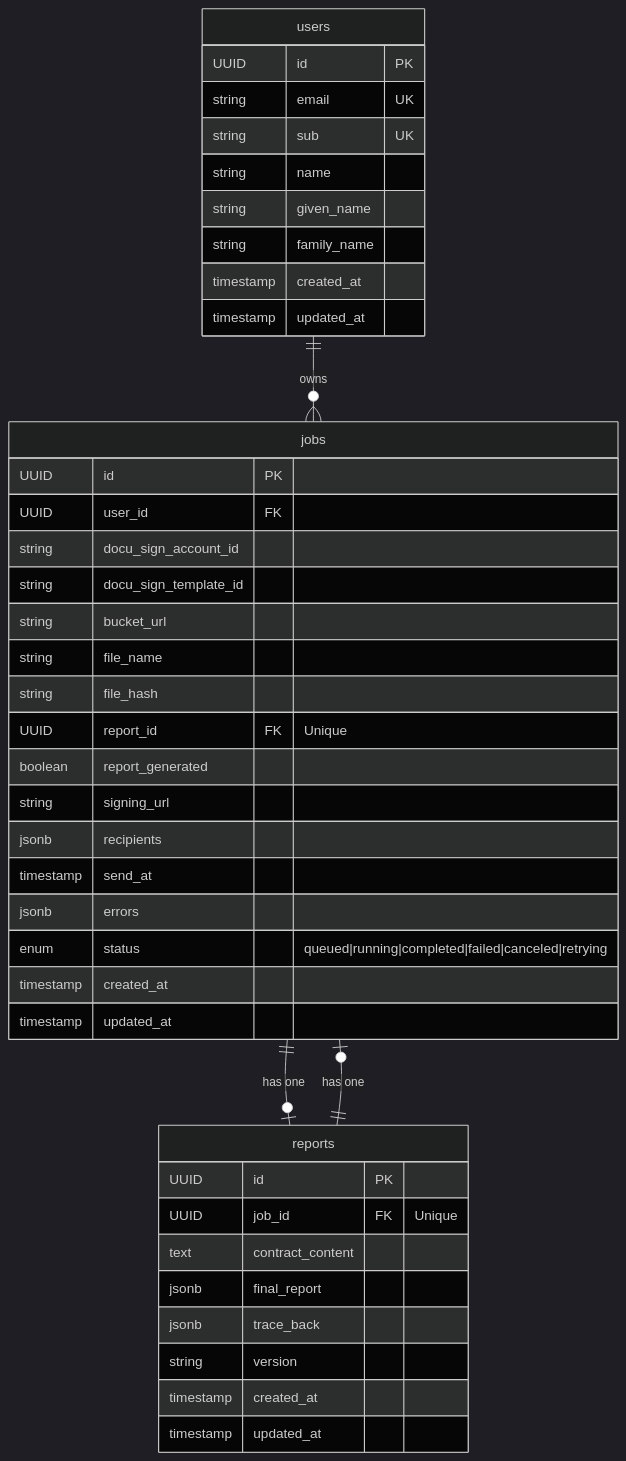
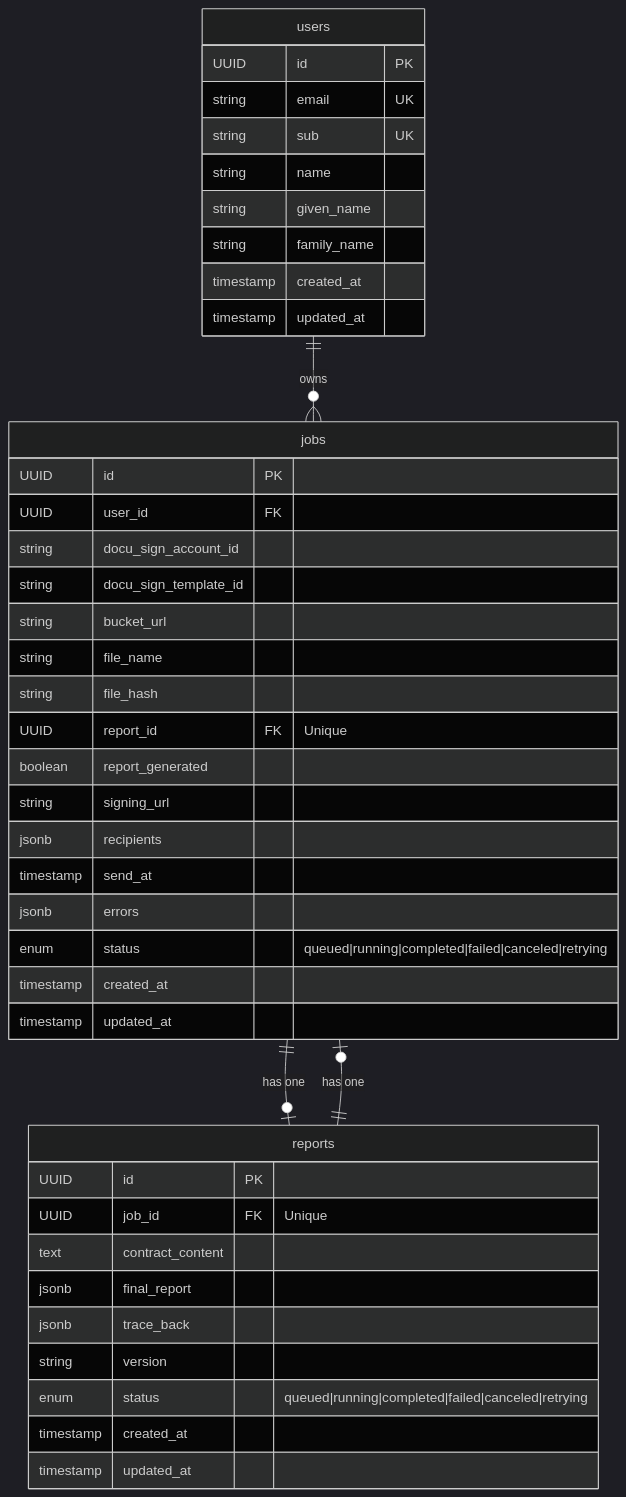
One commit to eandf/DocuInsight changed the diagram in api/assets/database/diagram.mmd. Above: the diagram before and after it, drawn with Mermaid (dark theme). The commit also changed 1 other file, not shown here.

```diff
--- a/api/assets/database/diagram.mmd
+++ b/api/assets/database/diagram.mmd
@@ -1,45 +1,46 @@
 erDiagram
     users ||--o{ jobs : "owns"
     jobs ||--o| reports : "has one"
     reports ||--o| jobs : "has one"
     
     users {
         UUID id PK
         string email UK
         string sub UK
         string name
         string given_name
         string family_name
         timestamp created_at
         timestamp updated_at
     }
     
     jobs {
         UUID id PK
         UUID user_id FK
         string docu_sign_account_id
         string docu_sign_template_id
         string bucket_url
         string file_name
         string file_hash
         UUID report_id FK "Unique"
         boolean report_generated
         string signing_url
         jsonb recipients
         timestamp send_at
         jsonb errors
         enum status "queued|running|completed|failed|canceled|retrying"
         timestamp created_at
         timestamp updated_at
     }
     
     reports {
         UUID id PK
         UUID job_id FK "Unique"
         text contract_content
         jsonb final_report
         jsonb trace_back
         string version
+        enum status "queued|running|completed|failed|canceled|retrying"
         timestamp created_at
         timestamp updated_at
     }
```
